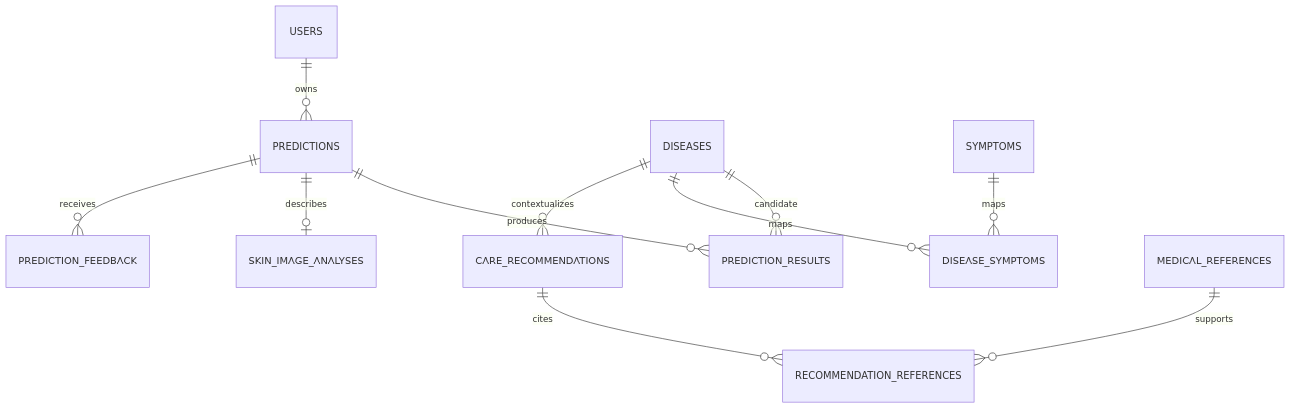
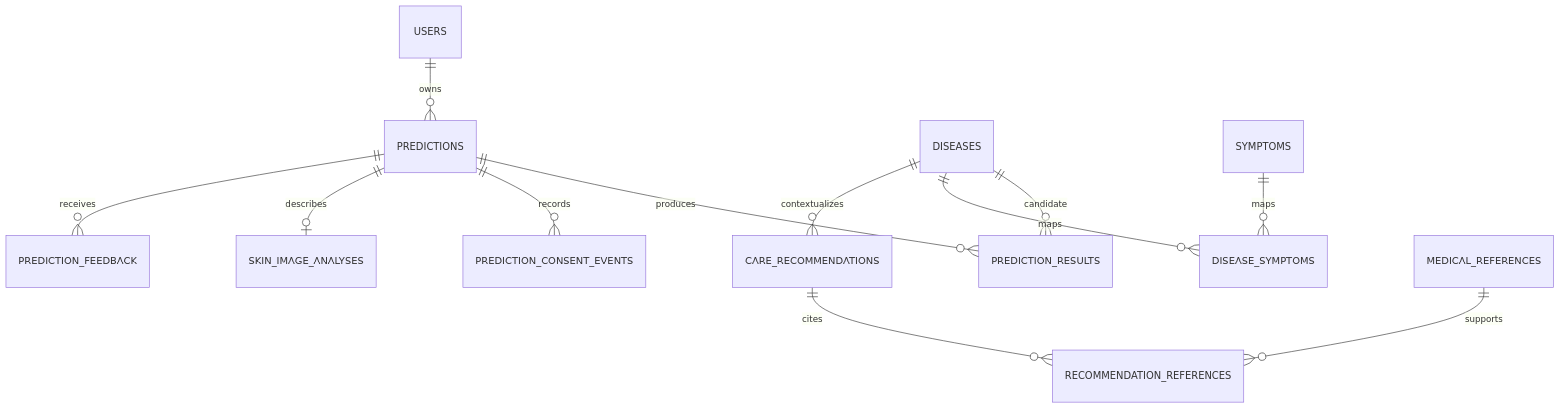
One commit to Sairajgupta123/Medpredict changed the diagram in docs/architecture/database-schema.md. Above: the diagram before and after it, drawn with Mermaid. The commit also changed other lines of this file, not shown here.

Commit message:
docs(privacy): specify prediction history consent safeguards

````diff
--- a/docs/architecture/database-schema.md
+++ b/docs/architecture/database-schema.md
@@ -21,13 +21,14 @@
 ```mermaid
 erDiagram
     USERS ||--o{ PREDICTIONS : owns
     PREDICTIONS ||--o{ PREDICTION_RESULTS : produces
+    PREDICTIONS ||--o{ PREDICTION_CONSENT_EVENTS : records
     DISEASES ||--o{ PREDICTION_RESULTS : candidate
     PREDICTIONS ||--o| SKIN_IMAGE_ANALYSES : describes
     PREDICTIONS ||--o{ PREDICTION_FEEDBACK : receives
     DISEASES ||--o{ DISEASE_SYMPTOMS : maps
     SYMPTOMS ||--o{ DISEASE_SYMPTOMS : maps
     DISEASES ||--o{ CARE_RECOMMENDATIONS : contextualizes
     CARE_RECOMMENDATIONS ||--o{ RECOMMENDATION_REFERENCES : cites
     MEDICAL_REFERENCES ||--o{ RECOMMENDATION_REFERENCES : supports
 ```
````
